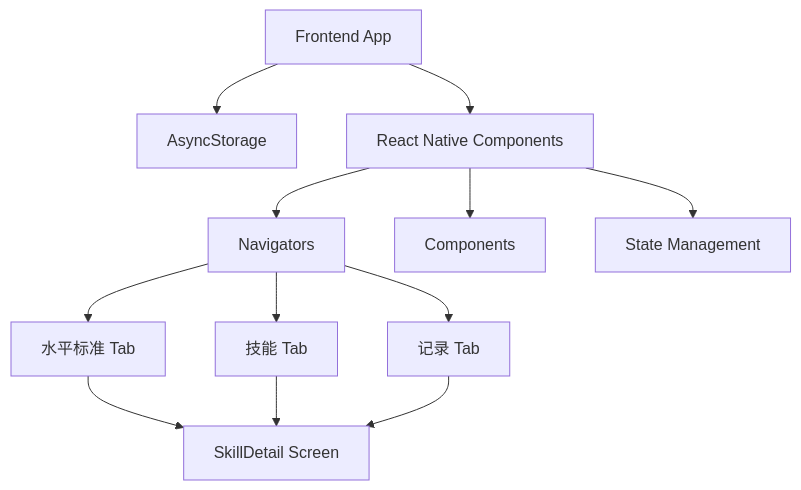
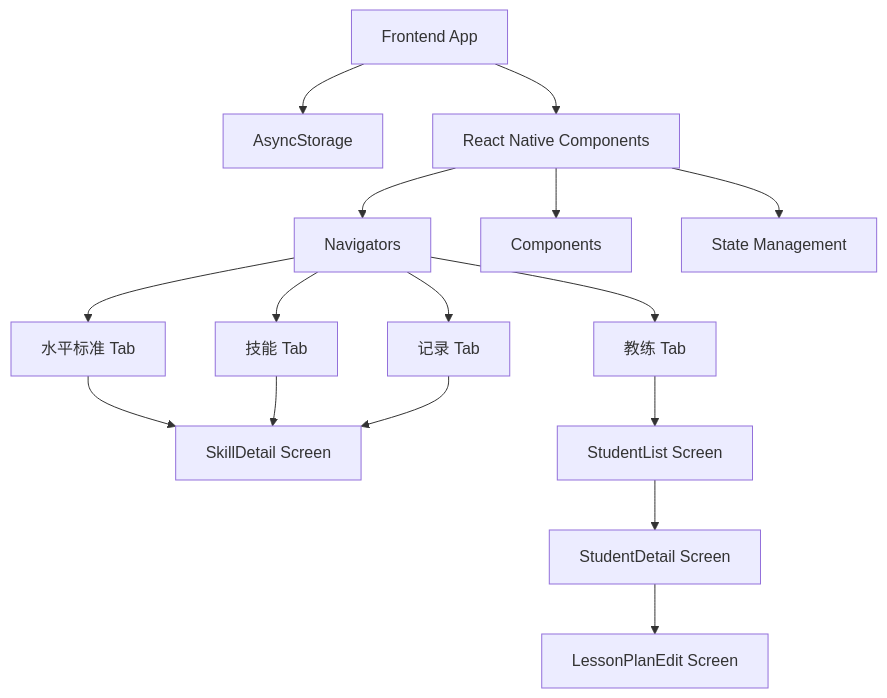
One commit to Q06183/AllLevelTennis changed the first of 2 diagrams in .trae/documents/technical-architecture.md. Above: the diagram before and after it, drawn with Mermaid. The commit also changed other lines of this file and 12 other files, not shown here.

````diff
--- a/.trae/documents/technical-architecture.md
+++ b/.trae/documents/technical-architecture.md
@@ -2,14 +2,18 @@
 ```mermaid
 graph TD
   A[Frontend App] --> B[AsyncStorage]
   A --> C[React Native Components]
   C --> D[Navigators]
   C --> E[Components]
   C --> F[State Management]
   D --> G[水平标准 Tab]
   D --> H[技能 Tab]
   D --> I[记录 Tab]
+  D --> K[教练 Tab]
   G --> J[SkillDetail Screen]
   H --> J
   I --> J
+  K --> L[StudentList Screen]
+  L --> M[StudentDetail Screen]
+  M --> N[LessonPlanEdit Screen]
 ```
````
